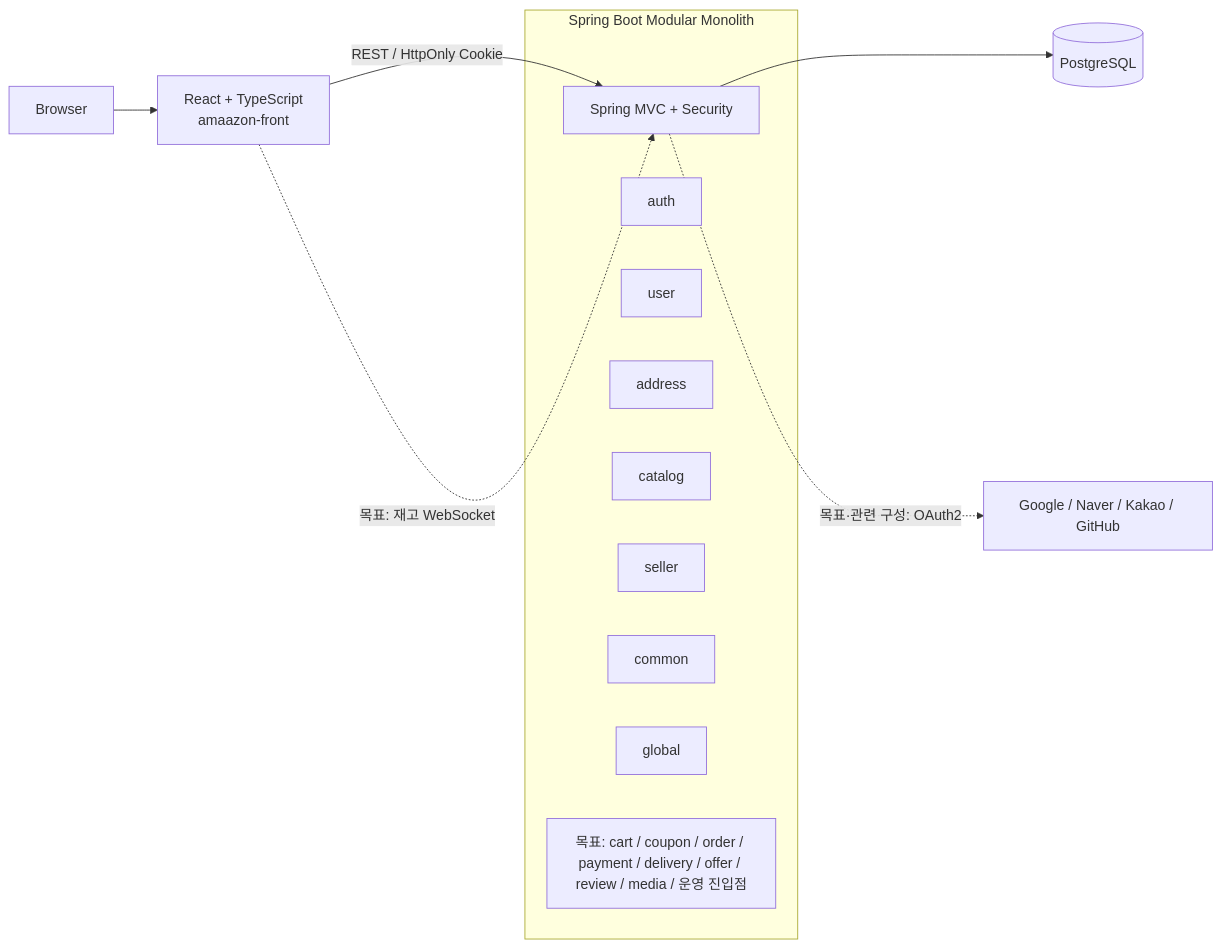
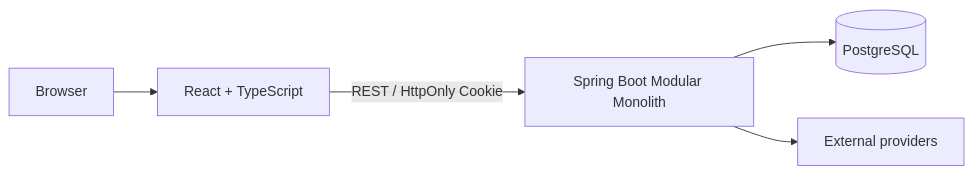
The diagram in docs/architecture.md (metDaisy/e-commerce-clone-coding), drawn with Mermaid before and after one commit. The commit also changed other lines of this file and 10 other files, not shown here.

````diff
--- a/docs/architecture.md
+++ b/docs/architecture.md
@@ -13,20 +9,7 @@
 ```mermaid
 flowchart LR
-    Browser[Browser] --> Front[React + TypeScript\namaazon-front]
-    Front -->|REST / HttpOnly Cookie| Web[Spring MVC + Security]
-    Front -.->|목표: 재고 WebSocket| Web
-    Web --> DB[(PostgreSQL)]
-    Web -.->|목표·관련 구성: OAuth2| Providers[Google / Naver / Kakao / GitHub]
-
-    subgraph Backend[Spring Boot Modular Monolith]
-        Web
-        Auth[auth]
-        User[user]
-        Address[address]
-        Catalog[catalog]
-        Seller[seller]
-        Common[common]
-        Global[global]
-        Future[목표: cart / coupon / order / payment / delivery / offer / review / media / 운영 진입점]
-    end
+    Browser[Browser] --> Front[React + TypeScript]
+    Front -->|REST / HttpOnly Cookie| Backend[Spring Boot Modular Monolith]
+    Backend --> DB[(PostgreSQL)]
+    Backend --> External[External providers]
 ```
````
